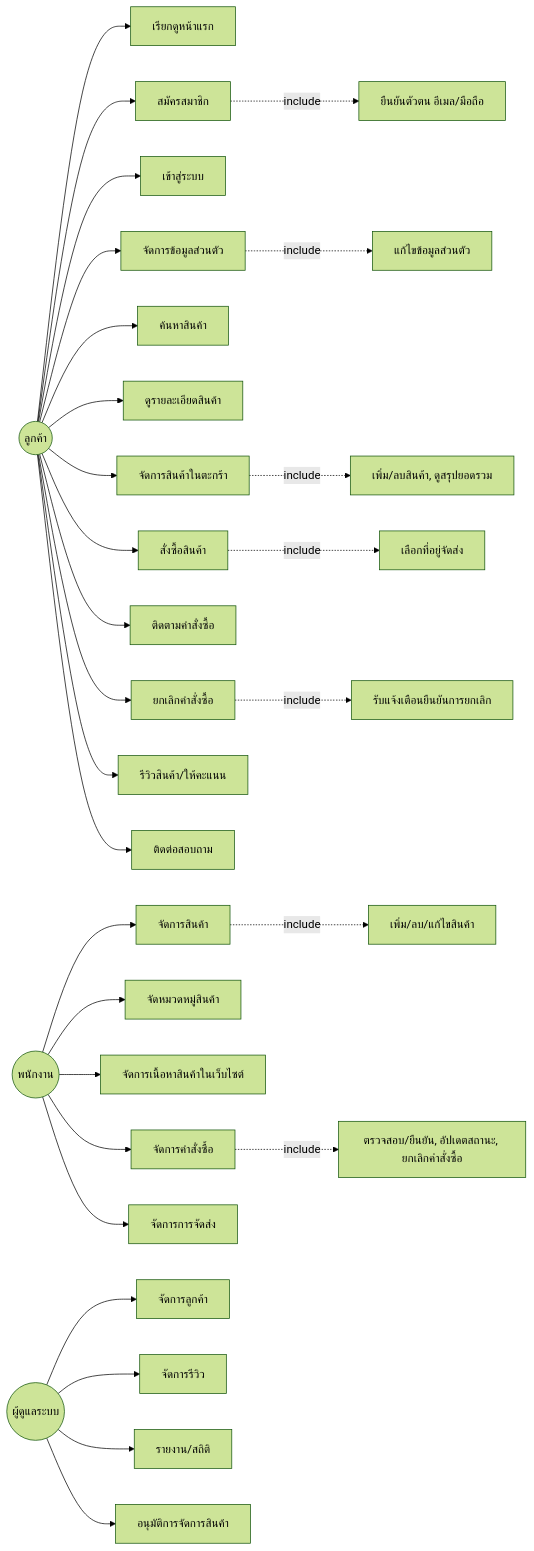
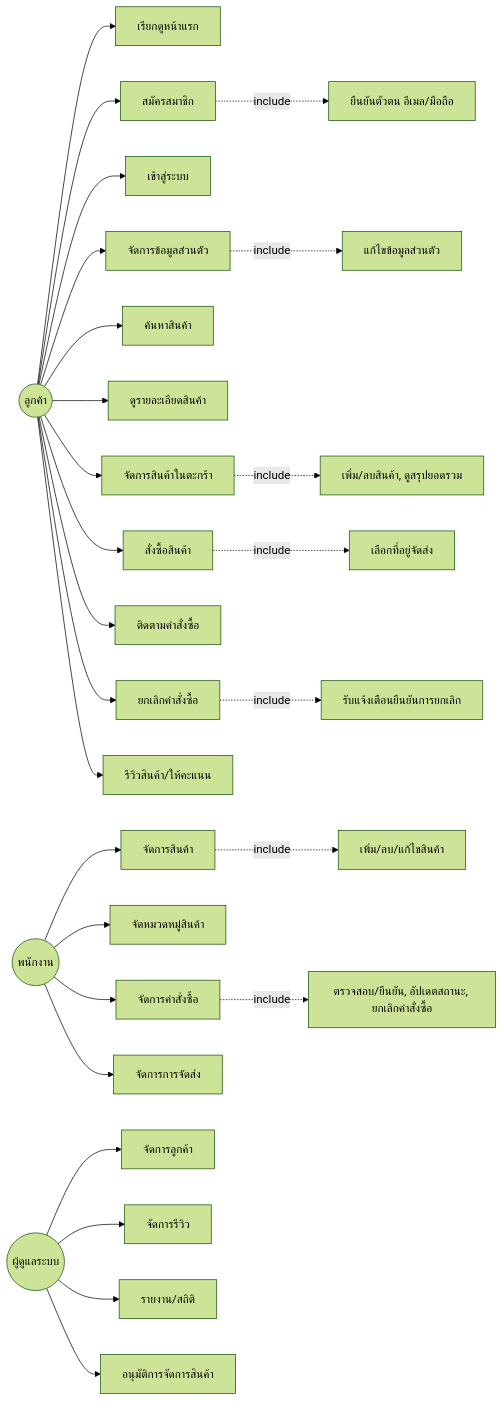
The first of 2 diagrams in docs/analysis-design.md (ptnsin/Farmart), drawn with Mermaid (forest theme) before and after one commit. The commit also changed other lines of this file, not shown here.

Commit message:
แก้อีกที

````diff
--- a/docs/analysis-design.md
+++ b/docs/analysis-design.md
@@ -22,40 +22,38 @@
 ```mermaid
 graph LR
     CustomerActor((ลูกค้า))
     EmployeeActor((พนักงาน))
     AdminActor((ผู้ดูแลระบบ))
 
     %% ลูกค้า
     CustomerActor --> UC_Home[เรียกดูหน้าแรก]
     CustomerActor --> UC_Register[สมัครสมาชิก]
     UC_Register -.include.-> UC_Verify[ยืนยันตัวตน อีเมล/มือถือ]
     CustomerActor --> UC_Login[เข้าสู่ระบบ]
     CustomerActor --> UC_Profile[จัดการข้อมูลส่วนตัว]
     UC_Profile -.include.-> UC_EditProfile[แก้ไขข้อมูลส่วนตัว]
     CustomerActor --> UC_Search[ค้นหาสินค้า]
     CustomerActor --> UC_Detail[ดูรายละเอียดสินค้า]
     CustomerActor --> UC_Cart[จัดการสินค้าในตะกร้า]
     UC_Cart -.include.-> UC_CartOps["เพิ่ม/ลบสินค้า, ดูสรุปยอดรวม"]
     CustomerActor --> UC_Order[สั่งซื้อสินค้า]
     UC_Order -.include.-> UC_Address[เลือกที่อยู่จัดส่ง]
     CustomerActor --> UC_Track[ติดตามคำสั่งซื้อ]
     CustomerActor --> UC_Cancel[ยกเลิกคำสั่งซื้อ]
     UC_Cancel -.include.-> UC_ConfirmCancel[รับแจ้งเตือนยืนยันการยกเลิก]
     CustomerActor --> UC_Review["รีวิวสินค้า/ให้คะแนน"]
-    CustomerActor --> UC_Contact[ติดต่อสอบถาม]
 
     %% พนักงาน
     EmployeeActor --> UC_ManageProduct[จัดการสินค้า]
     UC_ManageProduct -.include.-> UC_ProductOps["เพิ่ม/ลบ/แก้ไขสินค้า"]
     EmployeeActor --> UC_Category[จัดหมวดหมู่สินค้า]
-    EmployeeActor --> UC_Content[จัดการเนื้อหาสินค้าในเว็บไซต์]
     EmployeeActor --> UC_ManageOrder[จัดการคำสั่งซื้อ]
     UC_ManageOrder -.include.-> UC_OrderOps["ตรวจสอบ/ยืนยัน, อัปเดตสถานะ, ยกเลิกคำสั่งซื้อ"]
     EmployeeActor --> UC_ManageShip[จัดการการจัดส่ง]
 
     %% ผู้ดูแลระบบ (Admin)
     AdminActor --> UC_ManageCustomer[จัดการลูกค้า]
     AdminActor --> UC_ManageReview[จัดการรีวิว]
     AdminActor --> UC_Report["รายงาน/สถิติ"]
     AdminActor --> UC_Approve[อนุมัติการจัดการสินค้า]
 ```
````
